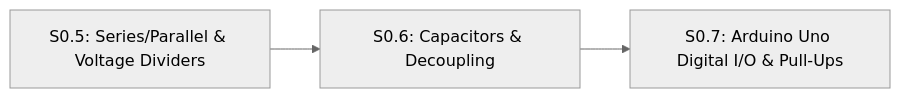
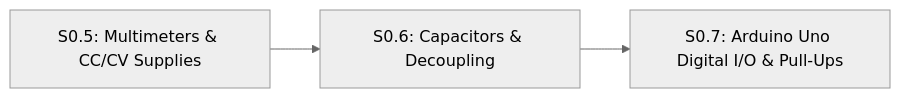
The diagram in stage-0/S0.6-capacitors-and-decoupling.md (TLE47/Mechatronics-Roadmap), drawn with Mermaid (neutral theme) before and after one commit. The commit also changed other lines of this file and 58 other files, not shown here.

````diff
--- a/stage-0/S0.6-capacitors-and-decoupling.md
+++ b/stage-0/S0.6-capacitors-and-decoupling.md
@@ -28,5 +29,5 @@
 ```mermaid
 flowchart LR
-    S05["S0.5: Series/Parallel & Voltage Dividers"] --> S06["S0.6: Capacitors & Decoupling"]
+    S05["S0.5: Multimeters & CC/CV Supplies"] --> S06["S0.6: Capacitors & Decoupling"]
     S06 --> S07["S0.7: Arduino Uno Digital I/O & Pull-Ups"]
 ```
````
